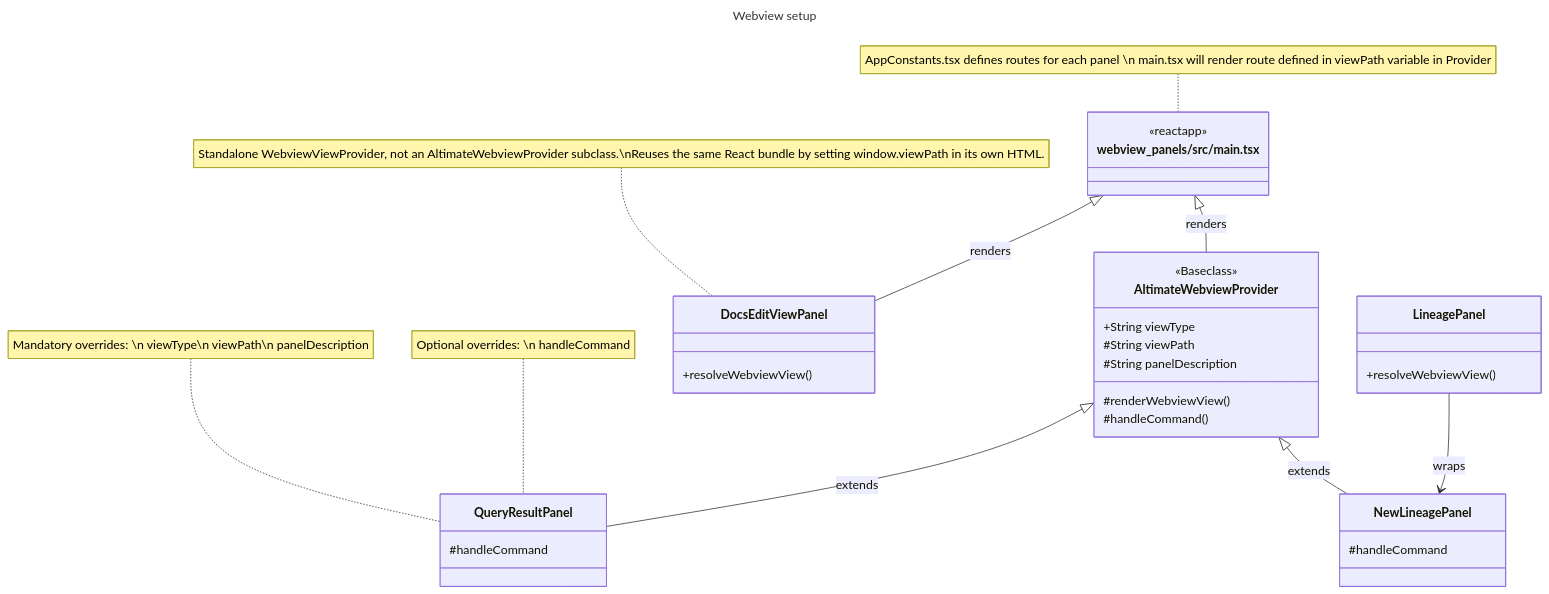
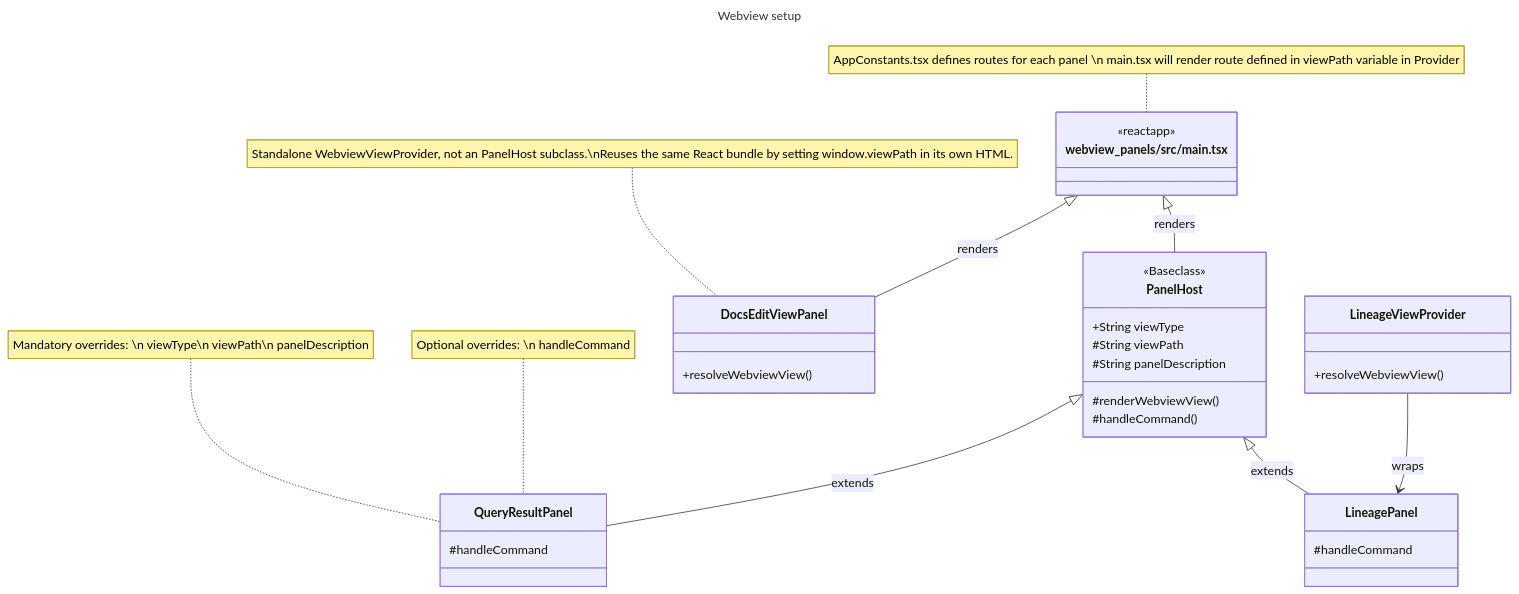
The diagram in webview_panels/README.md (danielchawkins/vscode-dbt-power-user), drawn with Mermaid before and after one commit. The commit also changed other lines of this file and 33 other files, not shown here.

Commit message:
refactor: rename the lineage panel, PanelHost and CurrentProject (#184)

````diff
--- a/webview_panels/README.md
+++ b/webview_panels/README.md
@@ -5,47 +5,47 @@
 ```mermaid
 ---
 title: Webview setup
 ---
 classDiagram
-    AltimateWebviewProvider <|-- QueryResultPanel : extends
-    AltimateWebviewProvider <|-- NewLineagePanel : extends
-    <<Baseclass>> AltimateWebviewProvider
+    PanelHost <|-- QueryResultPanel : extends
+    PanelHost <|-- LineagePanel : extends
+    <<Baseclass>> PanelHost
 
     note for QueryResultPanel "Mandatory overrides: \n viewType\n viewPath\n panelDescription"
     note for QueryResultPanel "Optional overrides: \n handleCommand"
-    AltimateWebviewProvider : +String viewType
-    AltimateWebviewProvider : #String viewPath
-    AltimateWebviewProvider : #String panelDescription
-    AltimateWebviewProvider: #renderWebviewView()
-    AltimateWebviewProvider: #handleCommand()
+    PanelHost : +String viewType
+    PanelHost : #String viewPath
+    PanelHost : #String panelDescription
+    PanelHost: #renderWebviewView()
+    PanelHost: #handleCommand()
     class QueryResultPanel{
       #handleCommand
     }
-    class NewLineagePanel{
+    class LineagePanel{
       #handleCommand
     }
-    class LineagePanel{
+    class LineageViewProvider{
       +resolveWebviewView()
     }
-    LineagePanel --> NewLineagePanel : wraps
+    LineageViewProvider --> LineagePanel : wraps
 
     class DocsEditViewPanel{
       +resolveWebviewView()
     }
-    note for DocsEditViewPanel "Standalone WebviewViewProvider, not an AltimateWebviewProvider subclass.\nReuses the same React bundle by setting window.viewPath in its own HTML."
+    note for DocsEditViewPanel "Standalone WebviewViewProvider, not an PanelHost subclass.\nReuses the same React bundle by setting window.viewPath in its own HTML."
 
     class Webview_panels["webview_panels/src/main.tsx"]
-    Webview_panels <|-- AltimateWebviewProvider : renders
+    Webview_panels <|-- PanelHost : renders
     Webview_panels <|-- DocsEditViewPanel : renders
     <<reactapp>> Webview_panels
     note for Webview_panels "AppConstants.tsx defines routes for each panel \n main.tsx will render route defined in viewPath variable in Provider"
 
 
-    click AltimateWebviewProvider href "../src/webview_provider/altimateWebviewProvider.ts" ""
+    click PanelHost href "../src/webview_provider/panelHost.ts" ""
     click QueryResultPanel href "../src/webview_provider/queryResultPanel.ts" ""
-    click NewLineagePanel href "../src/webview_provider/newLineagePanel.ts" ""
     click LineagePanel href "../src/webview_provider/lineagePanel.ts" ""
+    click LineageViewProvider href "../src/webview_provider/lineageViewProvider.ts" ""
     click DocsEditViewPanel href "../src/webview_provider/docsEditPanel.ts" ""
     click Webview_panels href "./src/main.tsx" ""
 
 ```
````
